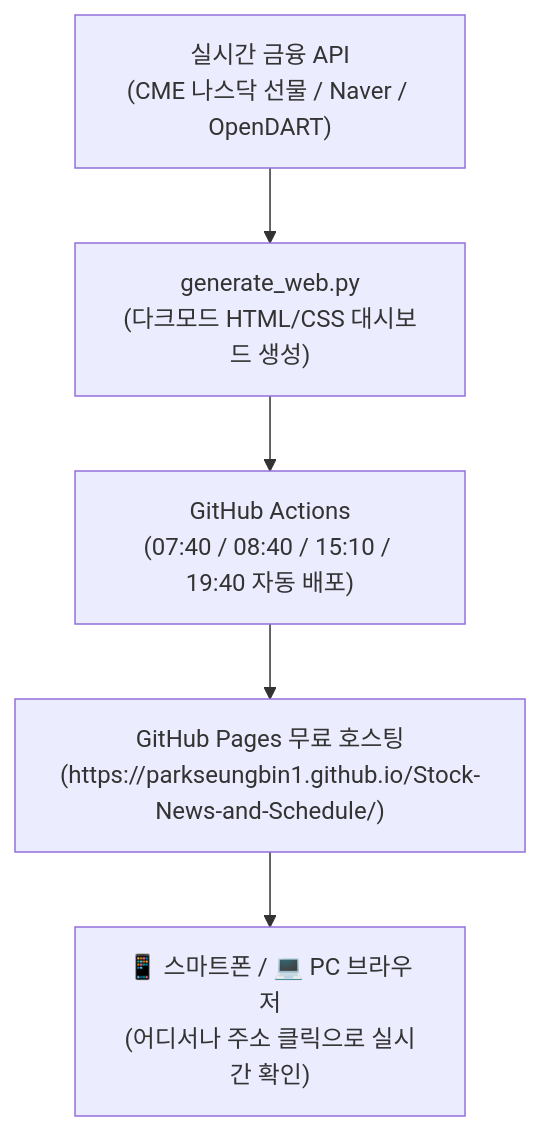
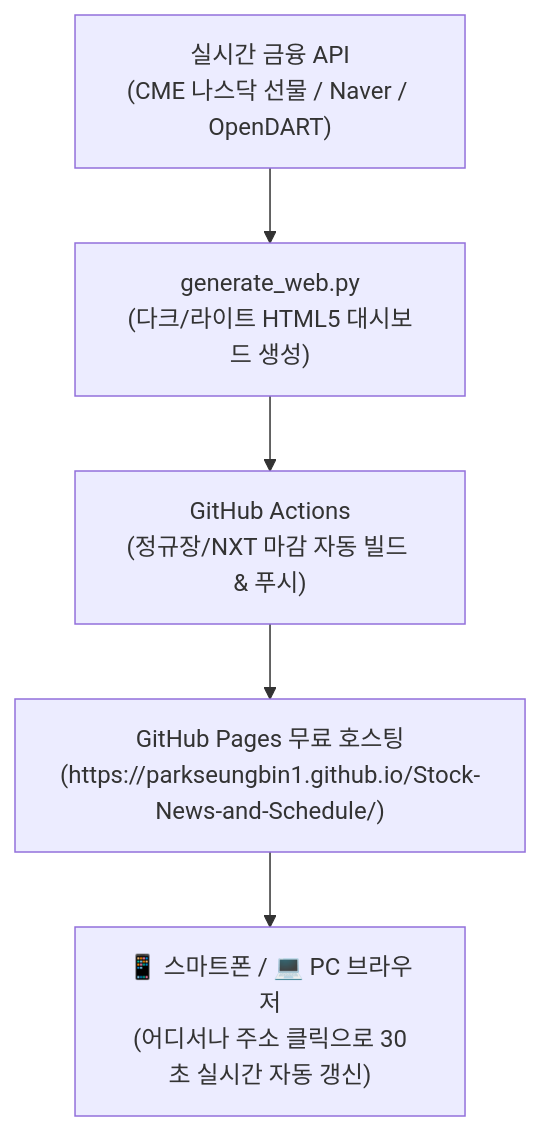
Before and after one commit to parkseungbin1/Stock-News-and-Schedule: the diagram in WEB_DASHBOARD_GUIDE.md, drawn with Mermaid. The commit also changed other lines of this file and 7 other files, not shown here.

````diff
--- a/WEB_DASHBOARD_GUIDE.md
+++ b/WEB_DASHBOARD_GUIDE.md
@@ -9,7 +9,7 @@
 ```mermaid
 flowchart TD
-    A["실시간 금융 API\n(CME 나스닥 선물 / Naver / OpenDART)"] --> B["generate_web.py\n(다크모드 HTML/CSS 대시보드 생성)"]
-    B --> C["GitHub Actions\n(07:40 / 08:40 / 15:10 / 19:40 자동 배포)"]
+    A["실시간 금융 API\n(CME 나스닥 선물 / Naver / OpenDART)"] --> B["generate_web.py\n(다크/라이트 HTML5 대시보드 생성)"]
+    B --> C["GitHub Actions\n(정규장/NXT 마감 자동 빌드 & 푸시)"]
     C --> D["GitHub Pages 무료 호스팅\n(https://parkseungbin1.github.io/Stock-News-and-Schedule/)"]
-    D --> E["📱 스마트폰 / 💻 PC 브라우저\n(어디서나 주소 클릭으로 실시간 확인)"]
+    D --> E["📱 스마트폰 / 💻 PC 브라우저\n(어디서나 주소 클릭으로 30초 실시간 자동 갱신)"]
 ```
````
